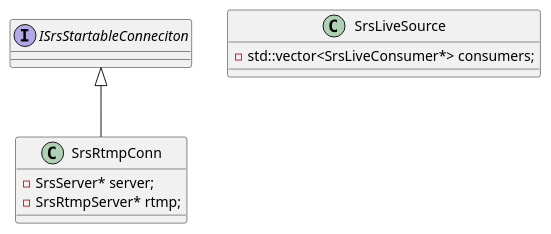
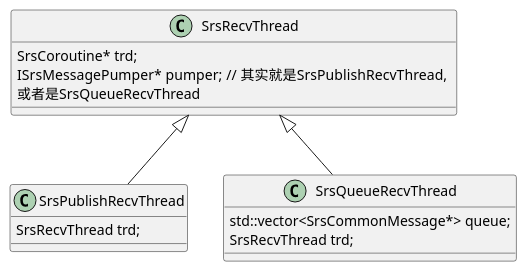
Before and after one commit to hz-fengpeng/doc: the seventh of 8 diagrams in srs/srs_struct.md, drawn with PlantUML. The commit also changed other lines of this file and 4 other files, not shown here.

````diff
--- a/srs/srs_struct.md
+++ b/srs/srs_struct.md
@@ -160,17 +394,22 @@
 ```plantuml
-ISrsStartableConneciton <|-- SrsRtmpConn
+SrsRecvThread <|-- SrsPublishRecvThread
+SrsRecvThread <|-- SrsQueueRecvThread
 
-interface ISrsStartableConneciton{
-
+class SrsPublishRecvThread
+{
+    SrsRecvThread trd;
 }
 
-class SrsRtmpConn{
-    - SrsServer* server;
-    - SrsRtmpServer* rtmp;
-
+class SrsRecvThread
+{
+    SrsCoroutine* trd;
+    ISrsMessagePumper* pumper;  // 其实就是SrsPublishRecvThread, \n或者是SrsQueueRecvThread
 }
 
-class SrsLiveSource{
-    - std::vector<SrsLiveConsumer*> consumers;
+class SrsQueueRecvThread
+{
+    std::vector<SrsCommonMessage*> queue;
+    SrsRecvThread trd;
 }
+
 ```
````
